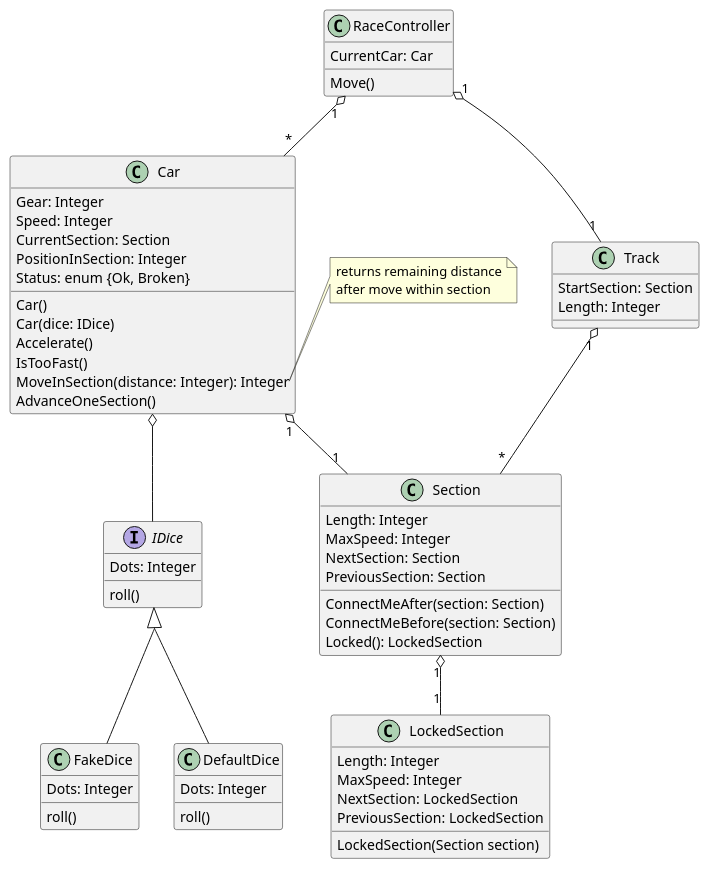
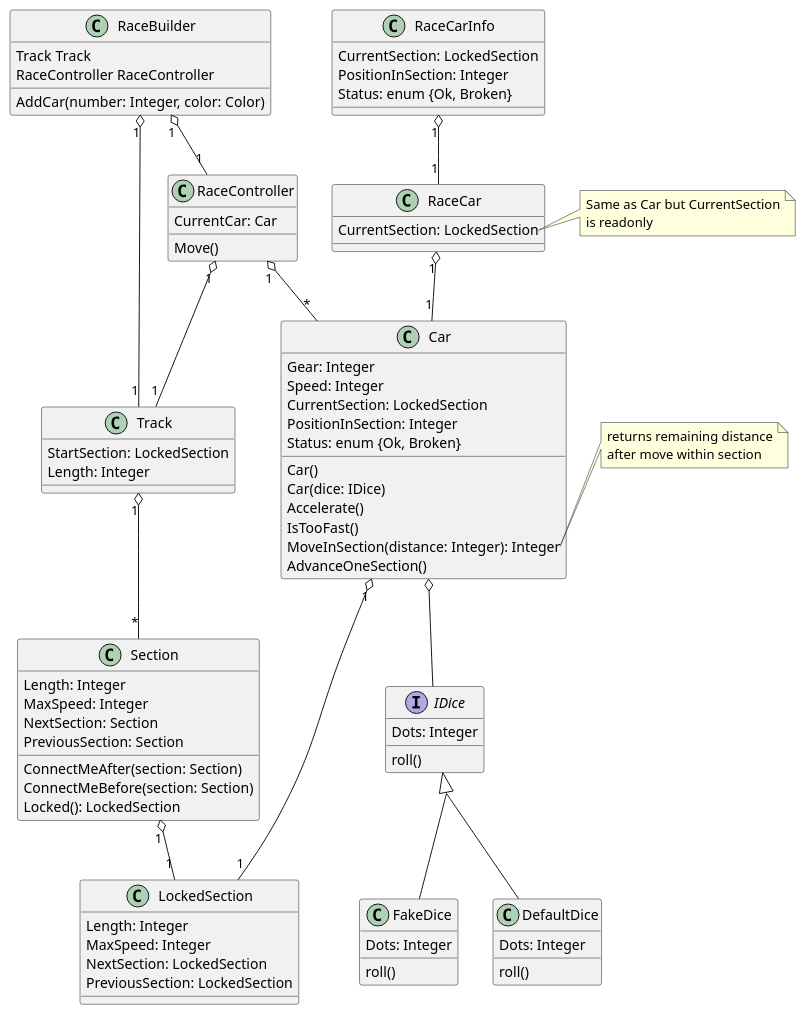
Before and after one commit to htl-leo-syp-project-organization/if.05.61_00-class-materials: the diagram in Units/UnitTesting/CarRace/Readme.md, drawn with PlantUML.

Commit message:
Added RaceBuilder and other classes

````diff
--- a/Units/UnitTesting/CarRace/Readme.md
+++ b/Units/UnitTesting/CarRace/Readme.md
@@ -26,7 +26,7 @@
 class Car {
     Gear: Integer
     Speed: Integer
-    CurrentSection: Section
+    CurrentSection: LockedSection
     PositionInSection: Integer
     Status: enum {Ok, Broken}
 
@@ -44,7 +44,25 @@
 endnote
 
 Car o-- IDice
-Car "1" o-- "1" Section
+Car "1" o-- "1" LockedSection
+
+class RaceCar {
+    CurrentSection: LockedSection
+}
+RaceCar "1" o-- "1" Car
+
+note right of RaceCar::CurrentSection
+    Same as Car but CurrentSection
+    is readonly
+endnote
+
+class RaceCarInfo {
+    CurrentSection: LockedSection
+    PositionInSection: Integer
+    Status: enum {Ok, Broken}
+
+}
+RaceCarInfo "1" o-- "1" RaceCar
 
 class Section {
     Length: Integer
@@ -63,13 +81,12 @@
     MaxSpeed: Integer
     NextSection: LockedSection
     PreviousSection: LockedSection
-
-    LockedSection(Section section)
 }
 
-class Track
-Track : StartSection: Section
-Track : Length: Integer
+class Track {
+    StartSection: LockedSection
+    Length: Integer
+}
 Track "1" o-- "*" Section
 
 class RaceController {
@@ -79,5 +96,13 @@
 RaceController "1" o-- "*" Car
 RaceController "1" o-- "1" Track
 
+class RaceBuilder {
+    Track Track
+    RaceController RaceController
+
+    AddCar(number: Integer, color: Color)
+}
+RaceBuilder "1" o-- "1" RaceController
+RaceBuilder "1" o-- "1" Track
 @enduml
 ```
````
